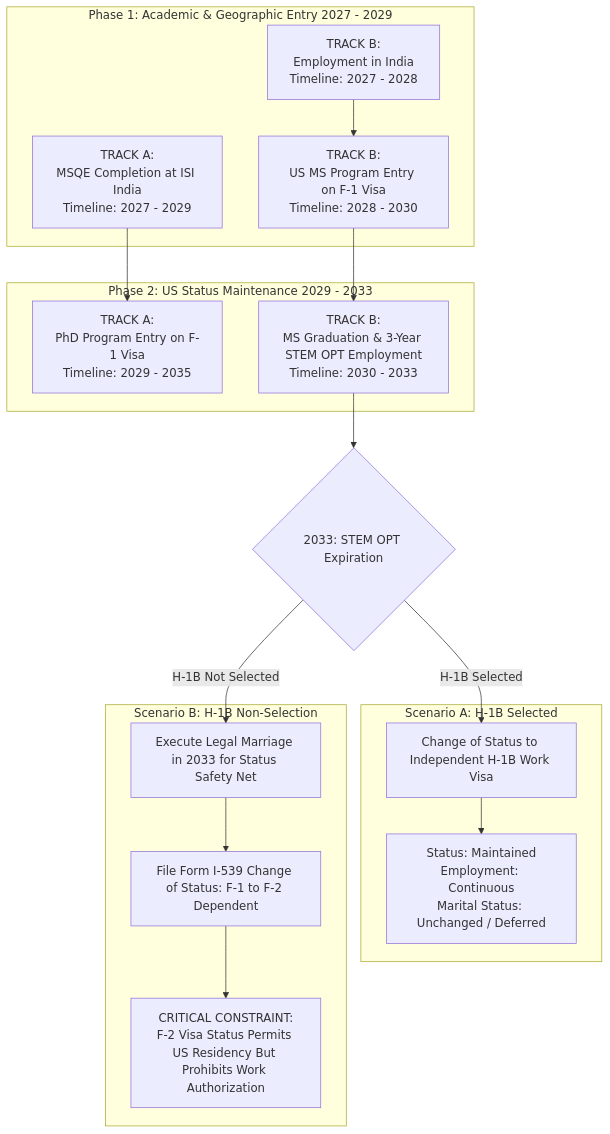
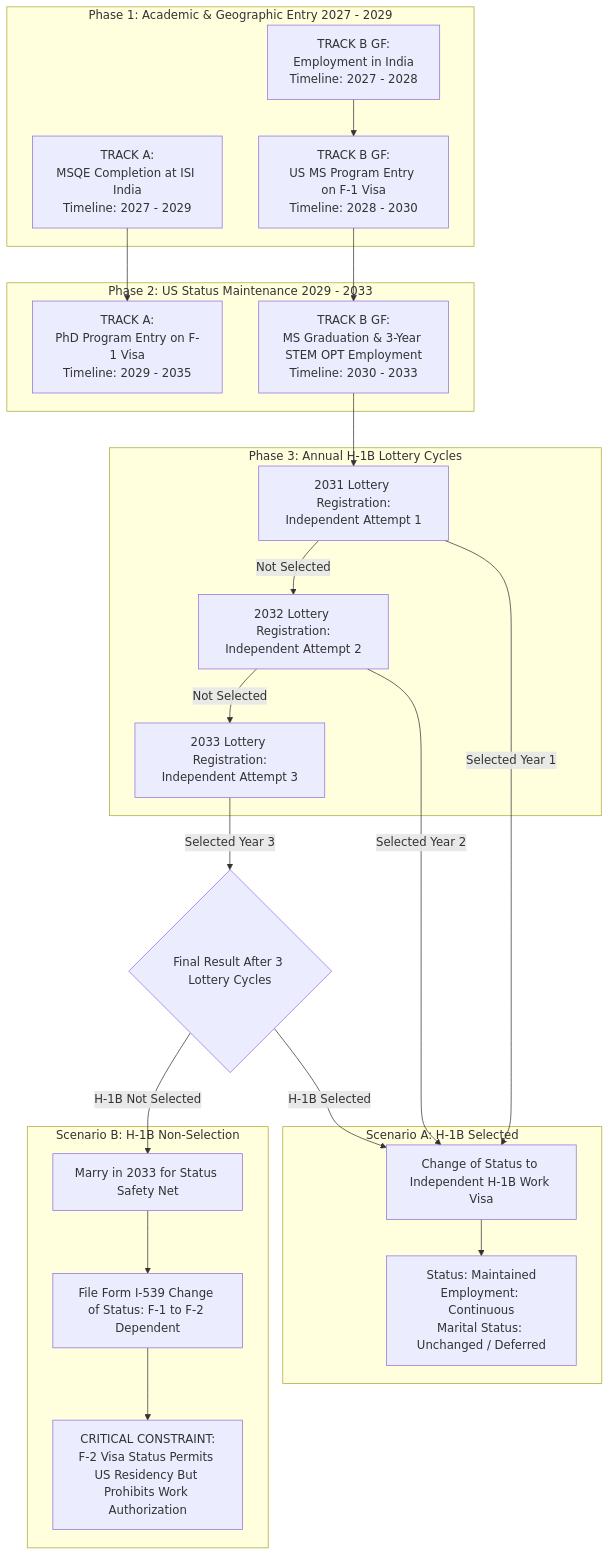
One commit to snapradeon2005123/TalentScanAI changed the diagram in mrinali.mmd. Above: the diagram before and after it, drawn with Mermaid.

```diff
--- a/mrinali.mmd
+++ b/mrinali.mmd
@@ -1,51 +1,67 @@
 graph TD
     %% ---------------------------------------------
     %% PHASE 1: INITIAL SEPARATION
     %% ---------------------------------------------
     subgraph Phase_1 [Phase 1: Academic & Geographic Entry 2027 - 2029]
         Track_A1[TRACK A:<br>MSQE Completion at ISI India<br>Timeline: 2027 - 2029]
         
-        Track_B1[TRACK B:<br>Employment in India<br>Timeline: 2027 - 2028]
-        Track_B2[TRACK B:<br>US MS Program Entry on F-1 Visa<br>Timeline: 2028 - 2030]
+        Track_B1[TRACK B GF:<br>Employment in India<br>Timeline: 2027 - 2028]
+        Track_B2[TRACK B GF:<br>US MS Program Entry on F-1 Visa<br>Timeline: 2028 - 2030]
         
         Track_B1 --> Track_B2
     end
 
     %% ---------------------------------------------
     %% PHASE 2: PARALLEL US STATUS
     %% ---------------------------------------------
     subgraph Phase_2 [Phase 2: US Status Maintenance 2029 - 2033]
         Track_A2[TRACK A:<br>PhD Program Entry on F-1 Visa<br>Timeline: 2029 - 2035]
         
-        Track_B3[TRACK B:<br>MS Graduation & 3-Year STEM OPT Employment<br>Timeline: 2030 - 2033]
+        Track_B3[TRACK B GF:<br>MS Graduation & 3-Year STEM OPT Employment<br>Timeline: 2030 - 2033]
     end
     
     Track_A1 --> Track_A2
     Track_B2 --> Track_B3
 
     %% ---------------------------------------------
-    %% PHASE 3: STATUS EXPIRATION FORK (2033)
+    %% PHASE 3: ANNUAL LOTTERY REGISTRATIONS
     %% ---------------------------------------------
-    Decision{2033: STEM OPT Expiration}
-    Track_B3 --> Decision
+    subgraph Phase_3 [Phase 3: Annual H-1B Lottery Cycles]
+        L1[2031 Lottery Registration:<br>Independent Attempt 1]
+        L2[2032 Lottery Registration:<br>Independent Attempt 2]
+        L3[2033 Lottery Registration:<br>Independent Attempt 3]
+        
+        L1 -- Not Selected --> L2
+        L2 -- Not Selected --> L3
+    end
+    
+    Track_B3 --> L1
 
+    %% ---------------------------------------------
+    %% DECISION FORK (POST-LOTTERY 3)
+    %% ---------------------------------------------
+    Decision{Final Result After 3 Lottery Cycles}
+    L1 -- Selected Year 1 --> H1B_App
+    L2 -- Selected Year 2 --> H1B_App
+    L3 -- Selected Year 3 --> Decision
+    
     %% SCENARIO A: H-1B SELECTION
     subgraph Scenario_A [Scenario A: H-1B Selected]
         H1B_App[Change of Status to Independent H-1B Work Visa]
         Maintain_Ind[Status: Maintained<br>Employment: Continuous<br>Marital Status: Unchanged / Deferred]
         
         H1B_App --> Maintain_Ind
     end
 
     %% SCENARIO B: H-1B NON-SELECTION
     subgraph Scenario_B [Scenario B: H-1B Non-Selection]
-        Action_Marry[Execute Legal Marriage in 2033 for Status Safety Net]
+        Action_Marry[Marry in 2033 for Status Safety Net]
         F2_Filing[File Form I-539 Change of Status: F-1 to F-2 Dependent]
         Work_Restriction[CRITICAL CONSTRAINT:<br>F-2 Visa Status Permits US Residency But Prohibits Work Authorization]
         
         Action_Marry --> F2_Filing
         F2_Filing --> Work_Restriction
     end
 
     Decision -- H-1B Selected --> H1B_App
     Decision -- H-1B Not Selected --> Action_Marry
```
